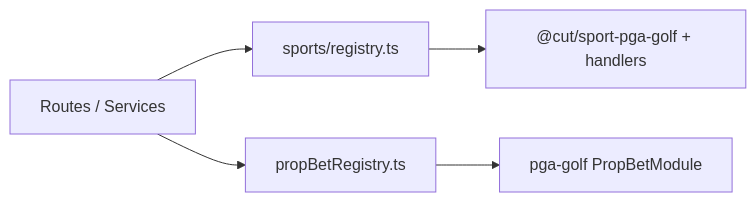
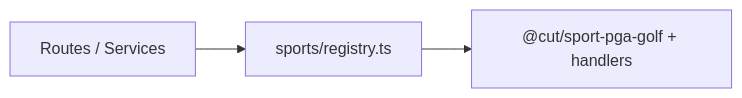
Before and after one commit to MagRelo/cut: the second of 2 diagrams in spec/server/architecture.md, drawn with Mermaid. The commit also changed other lines of this file and 135 other files, not shown here.

````diff
--- a/spec/server/architecture.md
+++ b/spec/server/architecture.md
@@ -37,7 +37,5 @@
 ```mermaid
 graph LR
   API[Routes / Services] --> SR[sports/registry.ts]
-  API --> PR[propBetRegistry.ts]
   SR --> Golf["@cut/sport-pga-golf + handlers"]
-  PR --> GolfProp[pga-golf PropBetModule]
 ```
````
